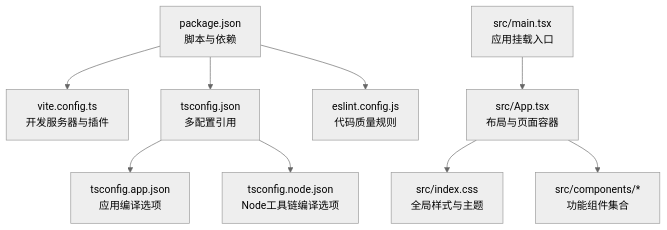
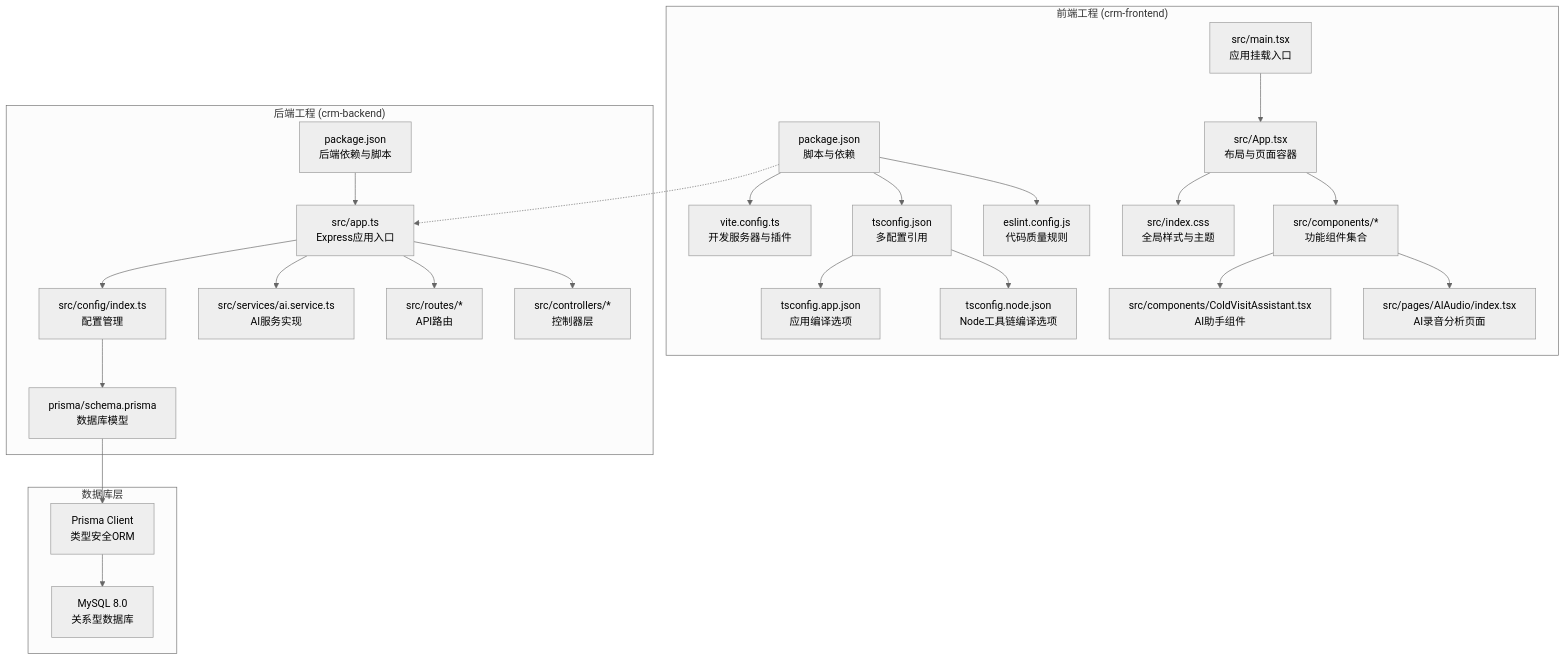
One commit to xianjianshenqu/SalesFlow-CRM changed the first of 12 diagrams in .qoder/repowiki/zh/content/架构设计/技术栈架构.md. Above: the diagram before and after it, drawn with Mermaid (neutral theme). The commit also changed other lines of this file and 17 other files, not shown here.

````diff
--- a/.qoder/repowiki/zh/content/架构设计/技术栈架构.md
+++ b/.qoder/repowiki/zh/content/架构设计/技术栈架构.md
@@ -39,11 +54,29 @@
 ```mermaid
 graph TB
+subgraph "前端工程 (crm-frontend)"
 A["package.json<br/>脚本与依赖"] --> B["vite.config.ts<br/>开发服务器与插件"]
 A --> C["tsconfig.json<br/>多配置引用"]
 C --> D["tsconfig.app.json<br/>应用编译选项"]
 C --> E["tsconfig.node.json<br/>Node工具链编译选项"]
 A --> F["eslint.config.js<br/>代码质量规则"]
 G["src/main.tsx<br/>应用挂载入口"] --> H["src/App.tsx<br/>布局与页面容器"]
 H --> I["src/index.css<br/>全局样式与主题"]
 H --> J["src/components/*<br/>功能组件集合"]
+J --> K["src/components/ColdVisitAssistant.tsx<br/>AI助手组件"]
+J --> L["src/pages/AIAudio/index.tsx<br/>AI录音分析页面"]
+end
+subgraph "后端工程 (crm-backend)"
+M["package.json<br/>后端依赖与脚本"] --> N["src/app.ts<br/>Express应用入口"]
+N --> O["src/config/index.ts<br/>配置管理"]
+O --> P["prisma/schema.prisma<br/>数据库模型"]
+N --> Q["src/services/ai.service.ts<br/>AI服务实现"]
+N --> R["src/routes/*<br/>API路由"]
+N --> S["src/controllers/*<br/>控制器层"]
+end
+subgraph "数据库层"
+T["MySQL 8.0<br/>关系型数据库"]
+P --> U["Prisma Client<br/>类型安全ORM"]
+U --> T
+end
+A -.-> N
 ```
````
